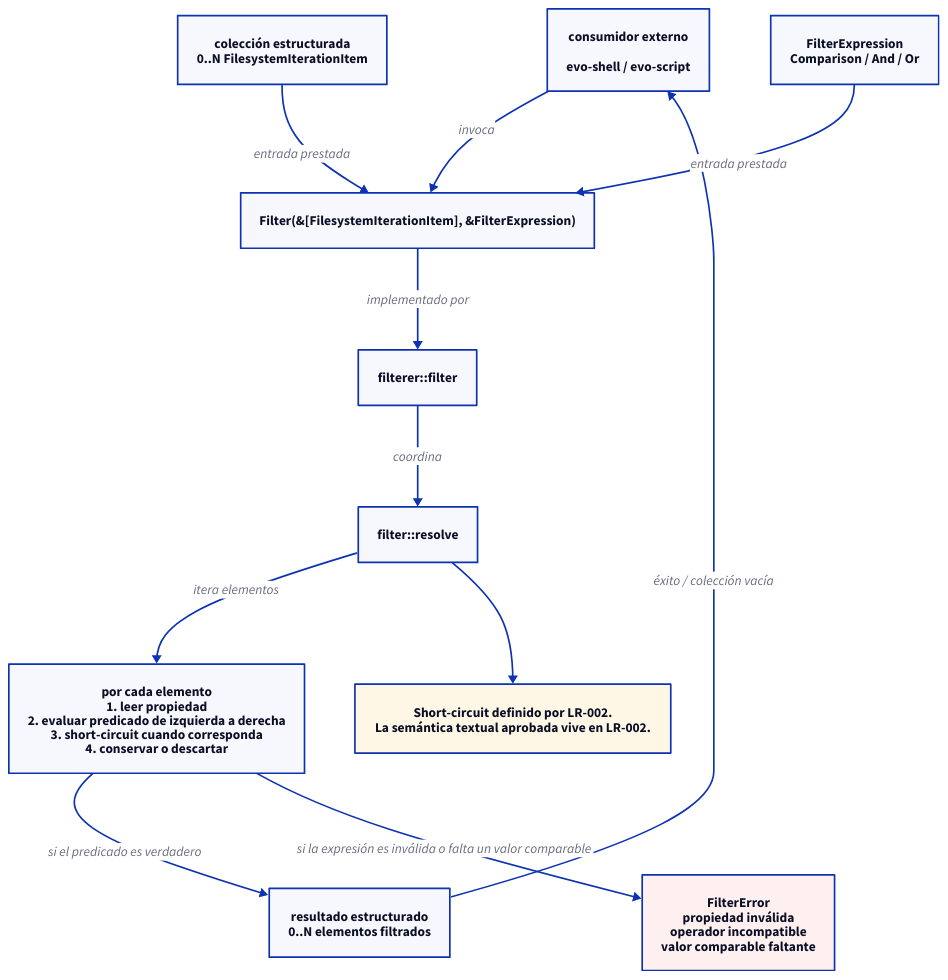
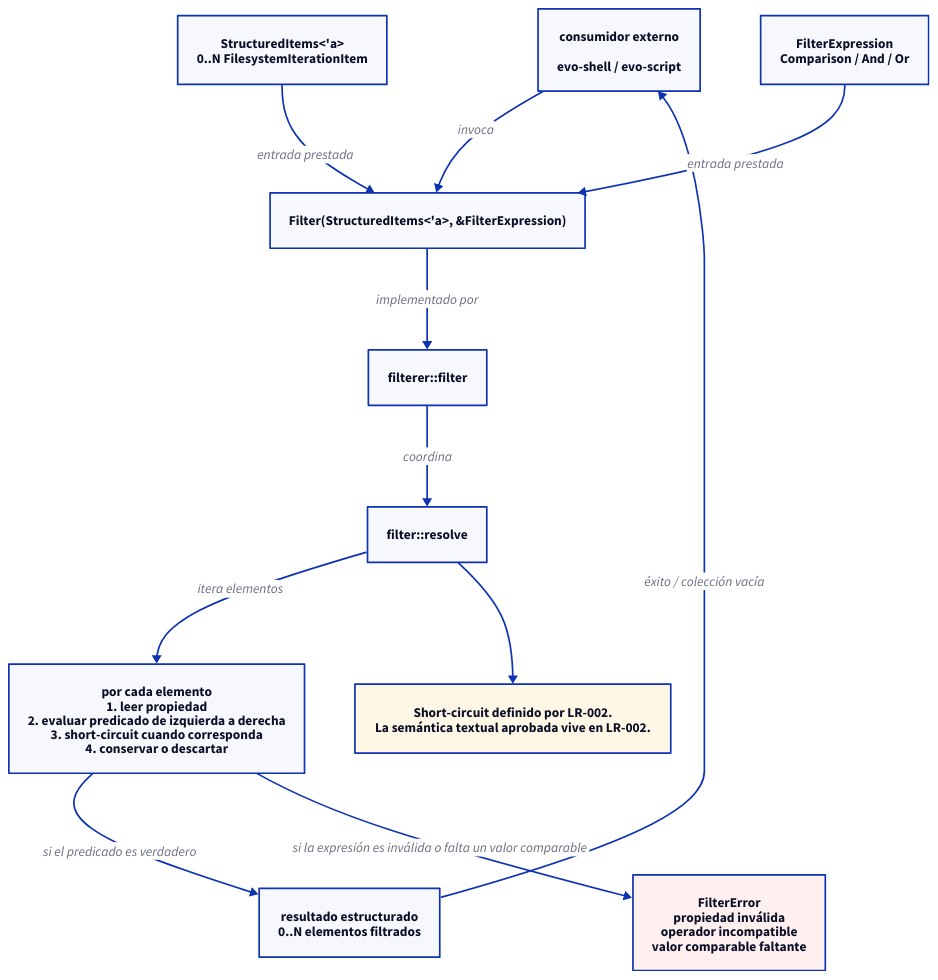
One commit to niqel/evolution changed the diagram in evo-shell-engine/technical_documentation/use_cases/UC-004-filter-structured-iteration/sequence.d2. Above: the diagram before and after it, drawn with D2. The commit also changed 39 other files, not shown here.

Commit message:
feat: add structured iteration index and take

```diff
--- a/evo-shell-engine/technical_documentation/use_cases/UC-004-filter-structured-iteration/sequence.d2
+++ b/evo-shell-engine/technical_documentation/use_cases/UC-004-filter-structured-iteration/sequence.d2
@@ -1,55 +1,55 @@
 direction: down
 
 consumer: "consumidor externo\n\nevo-shell / evo-script" {
   shape: rectangle
 }
 
-use_case: "Filter(&[FilesystemIterationItem], &FilterExpression)" {
+use_case: "Filter(StructuredItems<'a>, &FilterExpression)" {
   shape: rectangle
 }
 
 agent: "filterer::filter" {
   shape: rectangle
 }
 
 resolver: "filter::resolve" {
   shape: rectangle
 }
 
-items: "colección estructurada\n0..N FilesystemIterationItem" {
+items: "StructuredItems<'a>\n0..N FilesystemIterationItem" {
   shape: rectangle
 }
 
 expression: "FilterExpression\nComparison / And / Or" {
   shape: rectangle
 }
 
 evaluation: "por cada elemento\n1. leer propiedad\n2. evaluar predicado de izquierda a derecha\n3. short-circuit cuando corresponda\n4. conservar o descartar" {
   shape: rectangle
 }
 
 result: "resultado estructurado\n0..N elementos filtrados" {
   shape: rectangle
 }
 
 error: "FilterError\npropiedad inválida\noperador incompatible\nvalor comparable faltante" {
   shape: rectangle
   style.fill: "#fff0f0"
 }
 
 consumer -> use_case: "invoca"
 items -> use_case: "entrada prestada"
 expression -> use_case: "entrada prestada"
 use_case -> agent: "implementado por"
 agent -> resolver: "coordina"
 resolver -> evaluation: "itera elementos"
 evaluation -> result: "si el predicado es verdadero"
 evaluation -> error: "si la expresión es inválida o falta un valor comparable"
 result -> consumer: "éxito / colección vacía"
 
 note: "Short-circuit definido por LR-002.\nLa semántica textual aprobada vive en LR-002." {
   shape: rectangle
   style.fill: "#fff7e6"
 }
 
 resolver -> note
```
